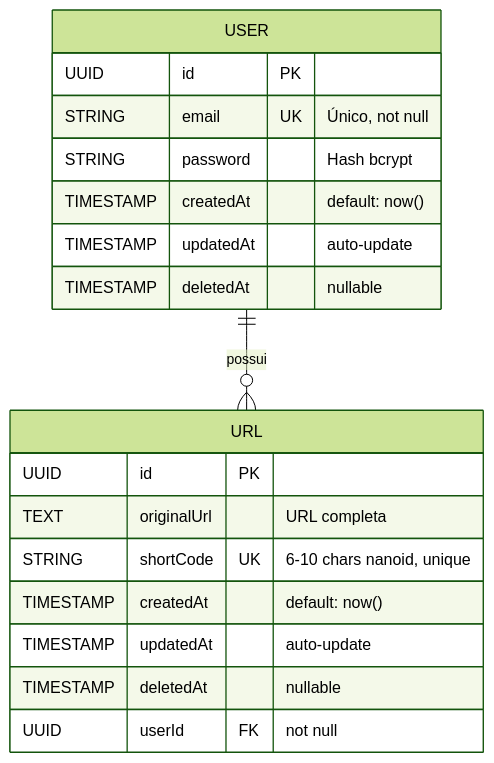
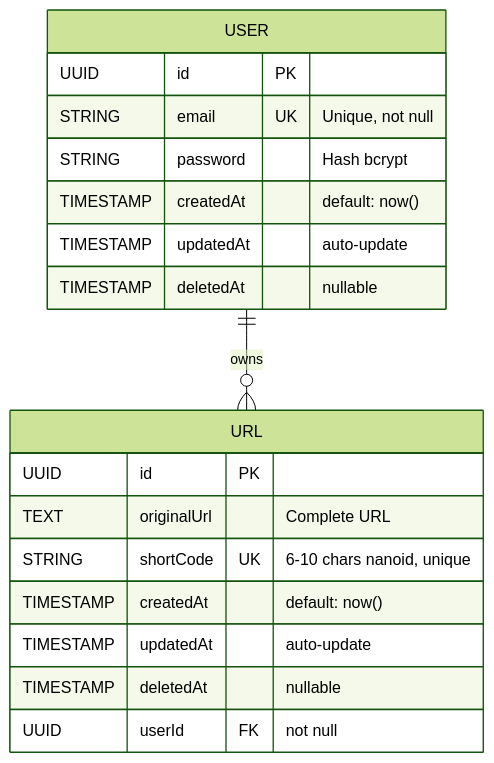
The third of 4 diagrams in README.md (TheJoaoRech/url-shortener-api), drawn with Mermaid (forest theme) before and after one commit. The commit also changed other lines of this file, not shown here.

````diff
--- a/README.md
+++ b/README.md
@@ -271,23 +271,23 @@
 ```mermaid
 erDiagram
     USER {
         UUID id PK
-        STRING email UK "Único, not null"
+        STRING email UK "Unique, not null"
         STRING password "Hash bcrypt"
         TIMESTAMP createdAt "default: now()"
         TIMESTAMP updatedAt "auto-update"
         TIMESTAMP deletedAt "nullable"
     }
 
     URL {
         UUID id PK
-        TEXT originalUrl "URL completa"
+        TEXT originalUrl "Complete URL"
         STRING shortCode UK "6-10 chars nanoid, unique"
         TIMESTAMP createdAt "default: now()"
         TIMESTAMP updatedAt "auto-update"
         TIMESTAMP deletedAt "nullable"
         UUID userId FK "not null"
     }
 
-    USER ||--o{ URL : "possui"
+    USER ||--o{ URL : "owns"
 ```
````
